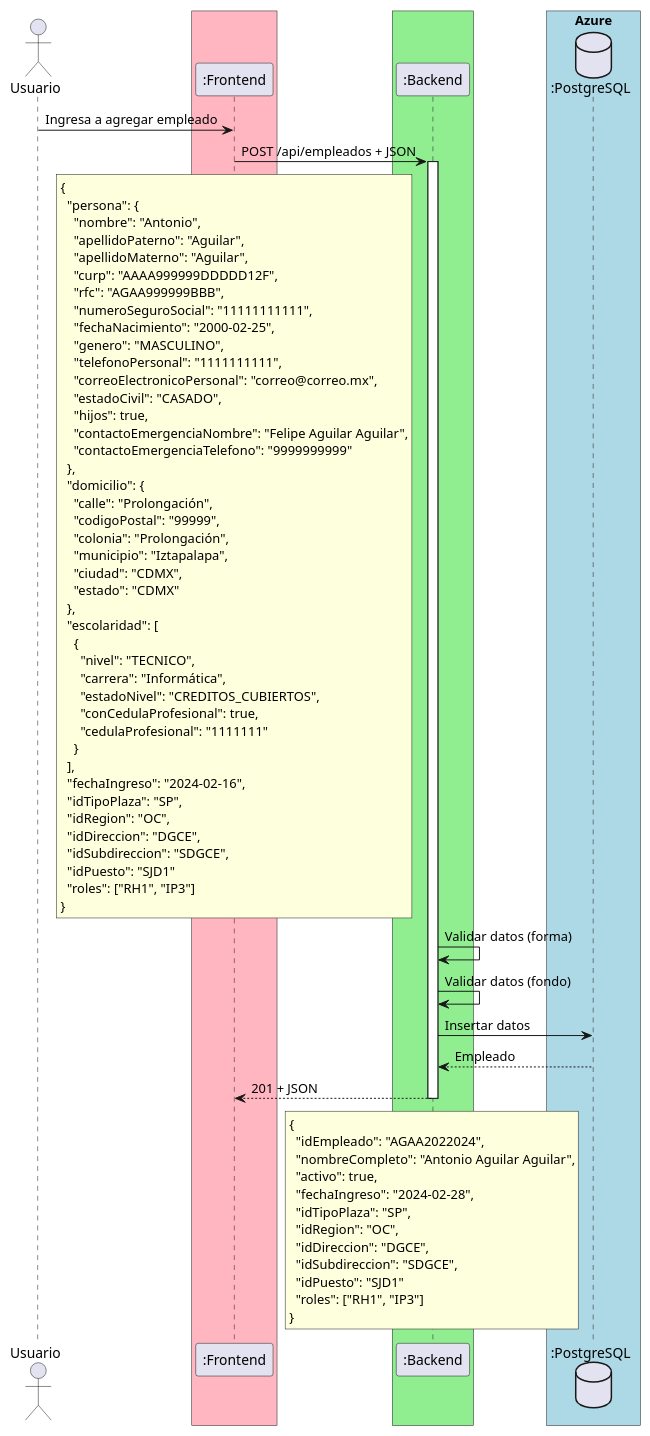
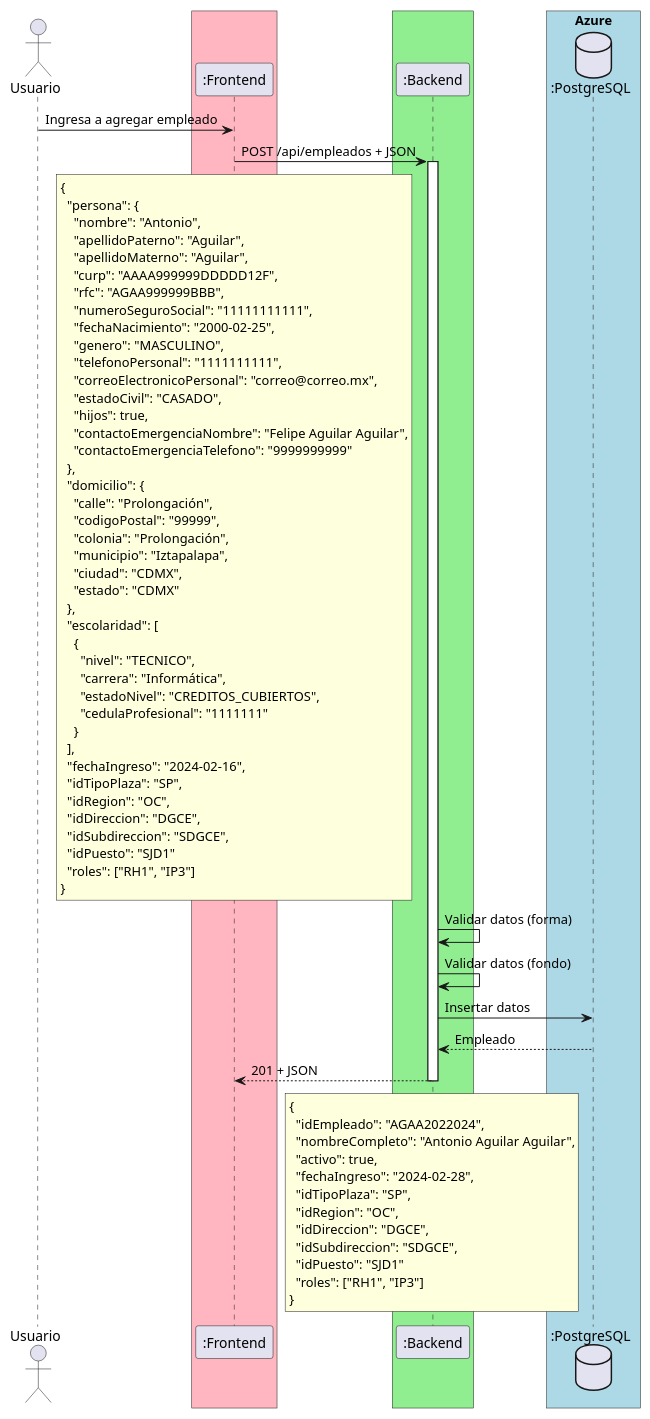
Before and after one commit to migueGO98/ProyectoSID: the diagram in docs/diagramasSecuencia/HU-01.puml, drawn with PlantUML.

Commit message:
Actualizar diagrama de secuencia HU-01

```diff
--- a/docs/diagramasSecuencia/HU-01.puml
+++ b/docs/diagramasSecuencia/HU-01.puml
@@ -1,83 +1,82 @@
 @startuml
 'https://plantuml.com/sequence-diagram
 
 actor Usuario as user
 box #LightPink
     participant ":Frontend" as front
 end box
 box #LightGreen
     participant ":Backend" as backend
 end box
 box "Azure" #LightBlue
     database ":PostgreSQL" as db
 end box
 
 user -> front: Ingresa a agregar empleado
 front -> backend++: POST /api/empleados + JSON
 rnote over front
 {
   "persona": {
     "nombre": "Antonio",
     "apellidoPaterno": "Aguilar",
     "apellidoMaterno": "Aguilar",
     "curp": "AAAA999999DDDDD12F",
     "rfc": "AGAA999999BBB",
     "numeroSeguroSocial": "11111111111",
     "fechaNacimiento": "2000-02-25",
     "genero": "MASCULINO",
     "telefonoPersonal": "1111111111",
     "correoElectronicoPersonal": "correo@correo.mx",
     "estadoCivil": "CASADO",
     "hijos": true,
     "contactoEmergenciaNombre": "Felipe Aguilar Aguilar",
     "contactoEmergenciaTelefono": "9999999999"
   },
   "domicilio": {
     "calle": "Prolongación",
     "codigoPostal": "99999",
     "colonia": "Prolongación",
     "municipio": "Iztapalapa",
     "ciudad": "CDMX",
     "estado": "CDMX"
   },
   "escolaridad": [
     {
       "nivel": "TECNICO",
       "carrera": "Informática",
       "estadoNivel": "CREDITOS_CUBIERTOS",
-      "conCedulaProfesional": true,
       "cedulaProfesional": "1111111"
     }
   ],
   "fechaIngreso": "2024-02-16",
   "idTipoPlaza": "SP",
   "idRegion": "OC",
   "idDireccion": "DGCE",
   "idSubdireccion": "SDGCE",
   "idPuesto": "SJD1"
   "roles": ["RH1", "IP3"]
 }
 end note
 
   backend -> backend: Validar datos (forma)
   backend -> backend: Validar datos (fondo)
   backend -> db: Insertar datos
   backend <-- db: Empleado
 front <-- backend--: 201 + JSON
 
 rnote over backend
 {
   "idEmpleado": "AGAA2022024",
   "nombreCompleto": "Antonio Aguilar Aguilar",
   "activo": true,
   "fechaIngreso": "2024-02-28",
   "idTipoPlaza": "SP",
   "idRegion": "OC",
   "idDireccion": "DGCE",
   "idSubdireccion": "SDGCE",
   "idPuesto": "SJD1"
   "roles": ["RH1", "IP3"]
 }
 end note
 
 @enduml
```
